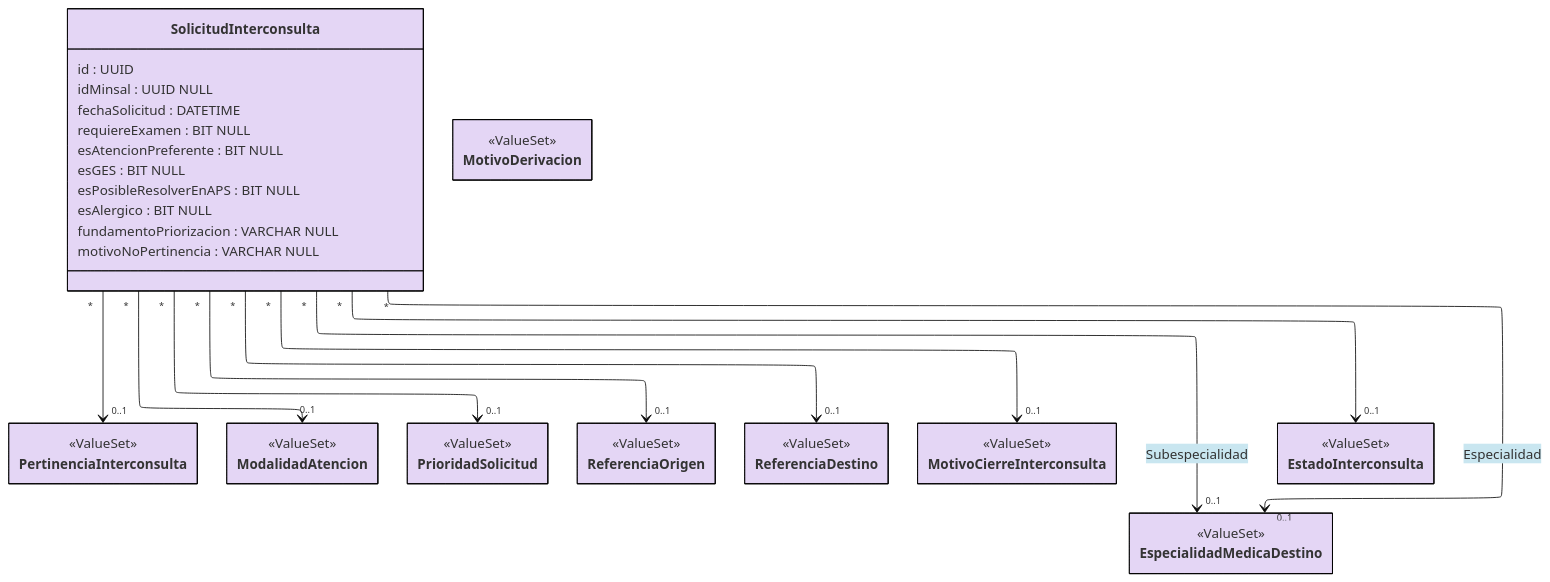
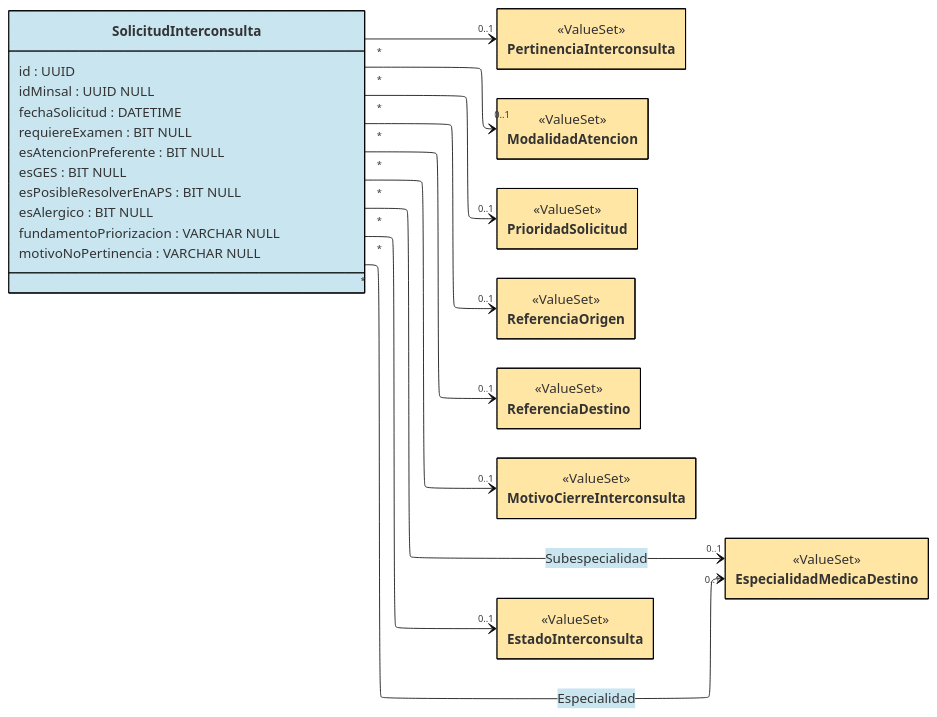
One commit to chris-f23/diagramas-fhir-tei changed the diagram in docs/bundle-iniciar/SolicitudInterconsulta.mmd. Above: the diagram before and after it, drawn with Mermaid. The commit also changed 3 other files, not shown here.

```diff
--- a/docs/bundle-iniciar/SolicitudInterconsulta.mmd
+++ b/docs/bundle-iniciar/SolicitudInterconsulta.mmd
@@ -1,79 +1,74 @@
 ---
 config:
   layout: elk
   theme: base
   class:
     hideEmptyMembersBox: true
   themeVariables:
     primaryBorderColor: "#000000"
     primaryColor: "#C9E6F0"
 ---
 
 classDiagram
-direction TB
+direction LR
 
 class SolicitudInterconsulta {
   id : UUID
   idMinsal : UUID NULL
 
   fechaSolicitud : DATETIME
   requiereExamen : BIT NULL
   esAtencionPreferente : BIT NULL
   esGES : BIT NULL
   esPosibleResolverEnAPS : BIT NULL
   esAlergico : BIT NULL
   fundamentoPriorizacion : VARCHAR NULL
   motivoNoPertinencia : VARCHAR NULL
 }
 
 class PertinenciaInterconsulta { <<ValueSet>> }
+style PertinenciaInterconsulta fill:#FFE6A5
+
 class ModalidadAtencion { <<ValueSet>> }
-class MotivoDerivacion { <<ValueSet>> }
+style ModalidadAtencion fill:#FFE6A5
+
 class PrioridadSolicitud { <<ValueSet>> }
+style PrioridadSolicitud fill:#FFE6A5
+
 class ReferenciaOrigen { <<ValueSet>> }
+style ReferenciaOrigen fill:#FFE6A5
+
 class ReferenciaDestino { <<ValueSet>> }
+style ReferenciaDestino fill:#FFE6A5
 
 
 class MotivoCierreInterconsulta { <<ValueSet>> }
+style MotivoCierreInterconsulta fill:#FFE6A5
+
 class EstadoInterconsulta { <<ValueSet>> }
+style EstadoInterconsulta fill:#FFE6A5
+
 class EspecialidadMedicaDestino { <<ValueSet>> }
+style EspecialidadMedicaDestino fill:#FFE6A5
 
 
 SolicitudInterconsulta "*" --> "0..1" PertinenciaInterconsulta
 SolicitudInterconsulta "*" --> "0..1" PrioridadSolicitud
 SolicitudInterconsulta "*" --> "0..1" ReferenciaOrigen
 SolicitudInterconsulta "*" --> "0..1" ModalidadAtencion
 SolicitudInterconsulta "*" --> "0..1" ReferenciaDestino
 SolicitudInterconsulta "*" --> "0..1" MotivoCierreInterconsulta
 SolicitudInterconsulta "*" --> "0..1" EstadoInterconsulta
 SolicitudInterconsulta "*" --> "0..1" EspecialidadMedicaDestino: Especialidad
 SolicitudInterconsulta "*" --> "0..1" EspecialidadMedicaDestino: Subespecialidad
 
 
-style SolicitudInterconsulta fill:#e4d6f5,stroke:#000000
-style SolicitudInterconsulta_Alergia fill:#f8c3cd,stroke:#000000
-style SolicitudInterconsulta_Diagnostico fill:#f8c3cd,stroke:#000000
-style SolicitudInterconsulta_ObservacionIndiceComorbilidad fill:#f8c3cd,stroke:#000000
-style PertinenciaInterconsulta fill:#e4d6f5,stroke:#000000
-style ModalidadAtencion fill:#e4d6f5,stroke:#000000
-style MotivoDerivacion fill:#e4d6f5,stroke:#000000
-style PrioridadSolicitud fill:#e4d6f5,stroke:#000000
-style ReferenciaOrigen fill:#e4d6f5,stroke:#000000
-style ReferenciaDestino fill:#e4d6f5,stroke:#000000
-style MotivoCierreInterconsulta fill:#e4d6f5,stroke:#000000
-style EstadoInterconsulta fill:#e4d6f5,stroke:#000000
-style EspecialidadMedicaDestino fill:#e4d6f5,stroke:#000000
-style SolicitudInterconsulta_ObservacionPacienteCuidador fill:#f8c3cd,stroke:#000000
 
-link SolicitudInterconsulta_ObservacionPacienteCuidador "./ObservacionPacienteCuidador.mmd"
-link SolicitudInterconsulta_Diagnostico "./Diagnostico.mmd"
-link SolicitudInterconsulta_ObservacionIndiceComorbilidad "./ObservacionIndiceComorbilidad.mmd"
 link PertinenciaInterconsulta "https://build.fhir.org/ig/Minsal-CL/SIGTEv2-IG/ValueSet-VSPertinenciaInterconsulta.html"
 link ModalidadAtencion "https://build.fhir.org/ig/Minsal-CL/SIGTEv2-IG/ValueSet-VSModalidadAtencionCodigo.html"
-link MotivoDerivacion "https://build.fhir.org/ig/Minsal-CL/SIGTEv2-IG/StructureDefinition-QuestionnaireResponseIniciarLE.html"
 link PrioridadSolicitud "https://hl7.org/fhir/R4/valueset-request-priority.html"
 link ReferenciaOrigen "https://build.fhir.org/ig/Minsal-CL/SIGTEv2-IG/ValueSet-VSorigenInterconsulta.html"
 link ReferenciaDestino "https://build.fhir.org/ig/Minsal-CL/SIGTEv2-IG/ValueSet-VSDestinoReferenciaCodigo.html"
 link MotivoCierreInterconsulta "https://build.fhir.org/ig/Minsal-CL/SIGTEv2-IG/ValueSet-VSMotivoCierreInterconsulta.html"
 link EstadoInterconsulta "https://build.fhir.org/ig/Minsal-CL/SIGTEv2-IG/ValueSet-VSEstadoInterconsulta.html"
 link EspecialidadMedicaDestino "https://build.fhir.org/ig/Minsal-CL/SIGTEv2-IG/ValueSet-VsEspecialidadDest.html"
```
